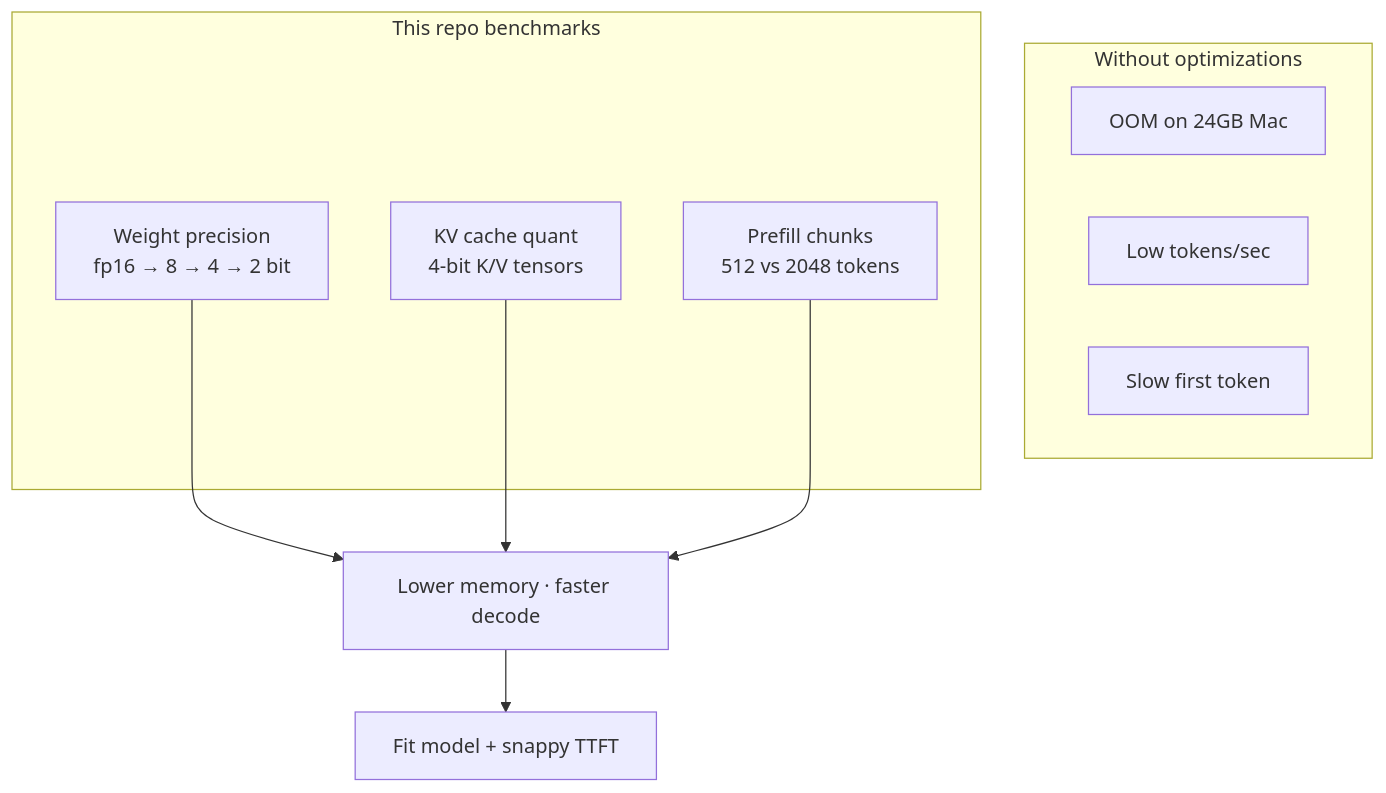
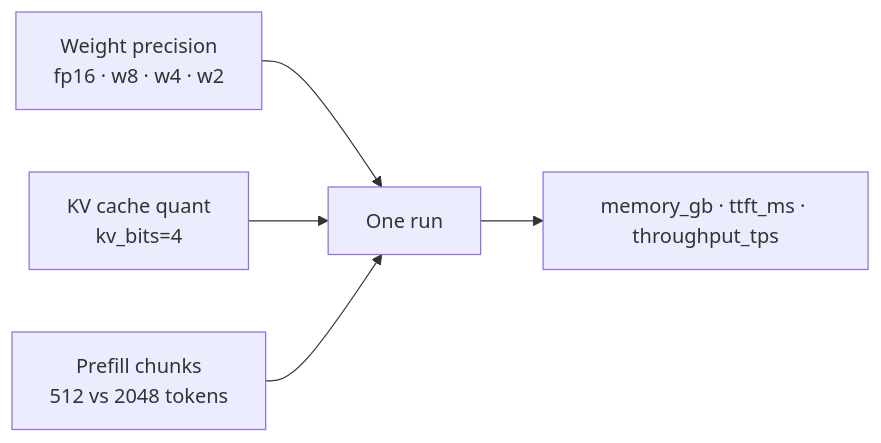
One commit to Chirumamilla1522/LLM-Inference changed the diagram in README.md. Above: the diagram before and after it, drawn with Mermaid. The commit also changed other lines of this file, not shown here.

````diff
--- a/README.md
+++ b/README.md
@@ -26,19 +99,10 @@
 ```mermaid
-flowchart TB
-  subgraph problem["Without optimizations"]
-    OOM["OOM on 24GB Mac"]
-    SLOW["Low tokens/sec"]
-    TTFT["Slow first token"]
-  end
-
-  subgraph levers["This repo benchmarks"]
-    Q["Weight precision<br/>fp16 → 8 → 4 → 2 bit"]
-    KV["KV cache quant<br/>4-bit K/V tensors"]
-    PF["Prefill chunks<br/>512 vs 2048 tokens"]
-  end
-
-  Q --> better["Lower memory · faster decode"]
-  KV --> better
-  PF --> better
-  better --> goal["Fit model + snappy TTFT"]
+flowchart LR
+  W["Weight precision<br/>fp16 · w8 · w4 · w2"]
+  KV["KV cache quant<br/>kv_bits=4"]
+  PF["Prefill chunks<br/>512 vs 2048 tokens"]
+  W --> R["One run"]
+  KV --> R
+  PF --> R
+  R --> M["memory_gb · ttft_ms · throughput_tps"]
 ```
````
